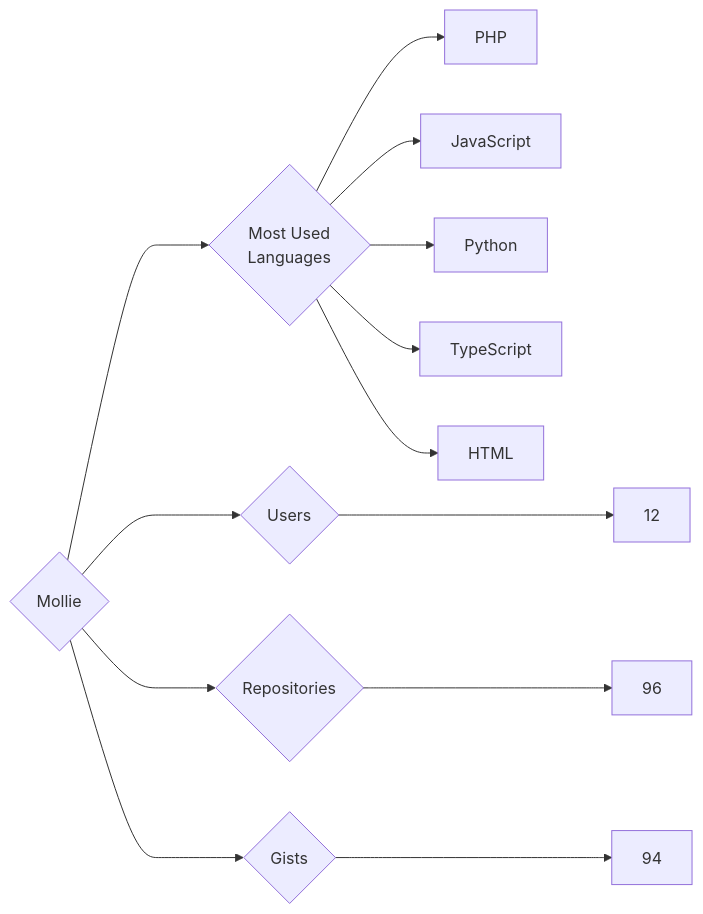
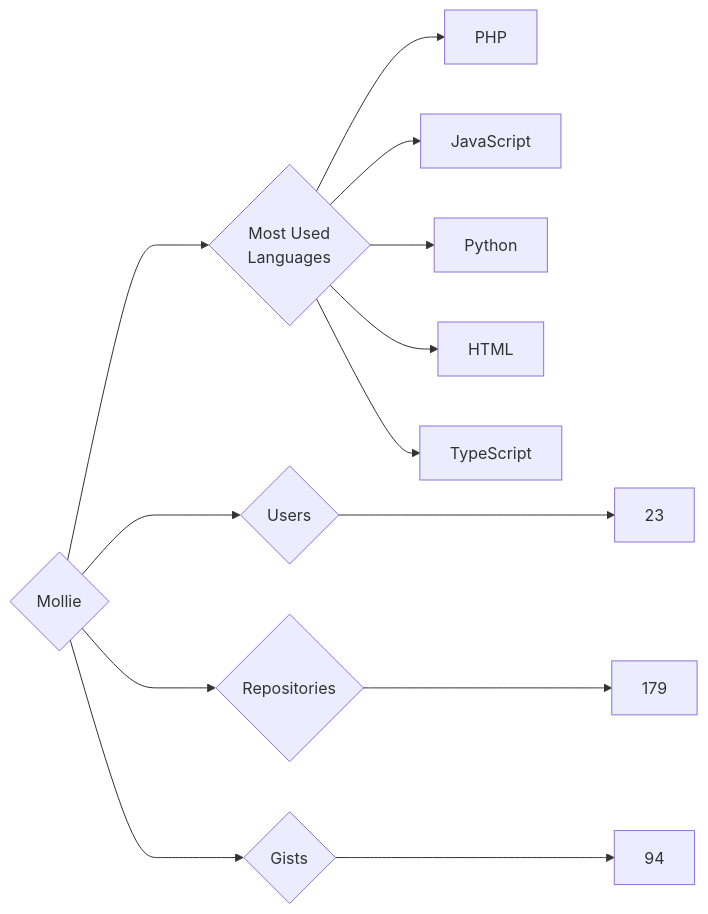
One commit to trickest/insiders changed the diagram in targets/Mollie/README.md. Above: the diagram before and after it, drawn with Mermaid. The commit also changed 833 other files, not shown here.

````diff
--- a/targets/Mollie/README.md
+++ b/targets/Mollie/README.md
@@ -3,13 +3,13 @@
 ```mermaid
 graph LR
 COMPANY_NAME{Mollie}
-COMPANY_NAME ---> U{Users} ---> UN[12]
-COMPANY_NAME ---> R{Repositories} ---> RN[96]
+COMPANY_NAME ---> U{Users} ---> UN[23]
+COMPANY_NAME ---> R{Repositories} ---> RN[179]
 COMPANY_NAME ---> G{Gists} ---> GN[94]
 COMPANY_NAME ---> ML{Most Used<br>Languages}
 ML --> PHP[PHP]
 ML --> JavaScript[JavaScript]
 ML --> Python[Python]
+ML --> HTML[HTML]
 ML --> TypeScript[TypeScript]
-ML --> HTML[HTML]
 ```
````
